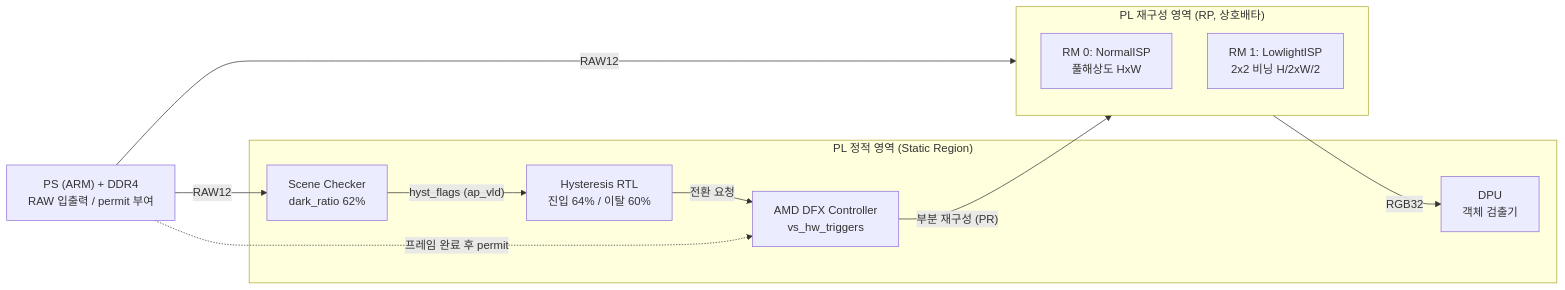
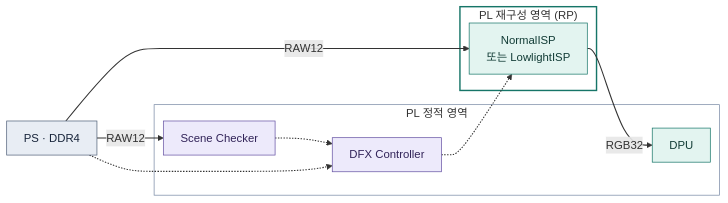
Before and after one commit to haengmini/dfxisp_v2: the first of 6 diagrams in Description.md, drawn with Mermaid. The commit also changed other lines of this file, not shown here.

Commit message:
figure upgrade

````diff
--- a/Description.md
+++ b/Description.md
@@ -66,24 +66,35 @@
 ```mermaid
+---
+config:
+  flowchart:
+    nodeSpacing: 26
+    rankSpacing: 26
+    padding: 12
+---
 flowchart LR
-    PS["PS (ARM) + DDR4\nRAW 입출력 / permit 부여"]
+    PS["PS · DDR4"]:::platform
 
-    subgraph PL_Static["PL 정적 영역 (Static Region)"]
-        CHK["Scene Checker\ndark_ratio 62%"]
-        HYST["Hysteresis RTL\n진입 64% / 이탈 60%"]
-        DFXC["AMD DFX Controller\nvs_hw_triggers"]
-        DPU["DPU\n객체 검출기"]
+    subgraph STATIC["PL 정적 영역"]
+        CHK["Scene Checker"]:::control
+        DFXC["DFX Controller"]:::control
+        DPU["DPU"]:::data
     end
 
-    subgraph PL_RP["PL 재구성 영역 (RP, 상호배타)"]
-        RM0["RM 0: NormalISP\n풀해상도 HxW"]
-        RM1["RM 1: LowlightISP\n2x2 비닝 H/2xW/2"]
+    subgraph RP["PL 재구성 영역 (RP)"]
+        ISP["NormalISP<br/>또는 LowlightISP"]:::data
     end
 
-    PS -->|"RAW12"| CHK
-    CHK -->|"hyst_flags (ap_vld)"| HYST
-    HYST -->|"전환 요청"| DFXC
-    PS -.->|"프레임 완료 후 permit"| DFXC
-    DFXC -->|"부분 재구성 (PR)"| PL_RP
-    PS -->|"RAW12"| PL_RP
-    PL_RP -->|"RGB32"| DPU
+    PS -->|RAW12| CHK
+    PS -->|RAW12| ISP
+    CHK -.-> DFXC
+    PS -.-> DFXC
+    DFXC -.-> ISP
+    ISP -->|RGB32| DPU
+
+    classDef platform fill:#e8edf4,stroke:#506079,color:#17243a
+    classDef data fill:#e3f4f0,stroke:#167568,color:#123c36
+    classDef control fill:#edeafb,stroke:#6552a3,color:#312358
+    style STATIC fill:transparent,stroke:#7789a4
+    style RP fill:transparent,stroke:#167568,stroke-width:2px
+    linkStyle default stroke-width:1.5px
 ```
````
